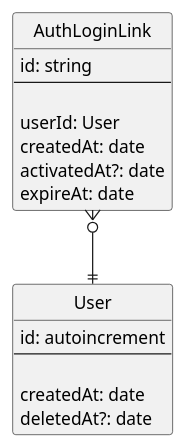
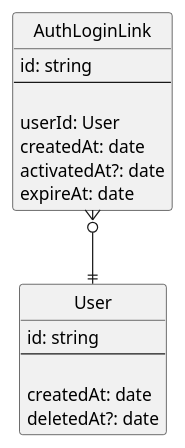
Before and after one commit to AlekseyBabich/support-chat: the diagram in doc/domain/domain.plantuml, drawn with PlantUML. The commit also changed 13 other files, not shown here.

```diff
--- a/doc/domain/domain.plantuml
+++ b/doc/domain/domain.plantuml
@@ -1,27 +1,27 @@
 @startuml
 
 ' hide "E" circle
 hide circle
 
 ' straight arrows
 ' skinparam linetype ortho
 entity User {
-  id: autoincrement
+  id: string
   --
 
   createdAt: date
   deletedAt?: date
 }
 
 entity AuthLoginLink {
   id: string
   --
 
   userId: User
   createdAt: date
   activatedAt?: date
   expireAt: date
 }
 AuthLoginLink }o--|| User
 
 @enduml
```
